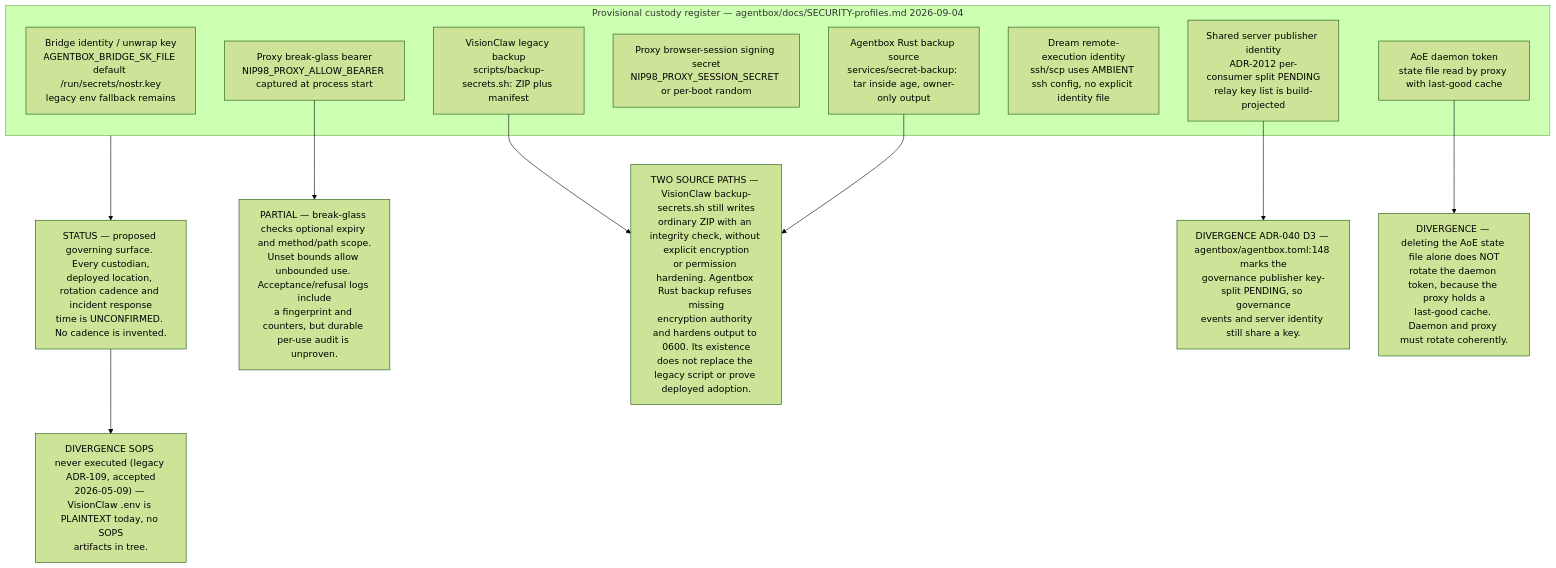
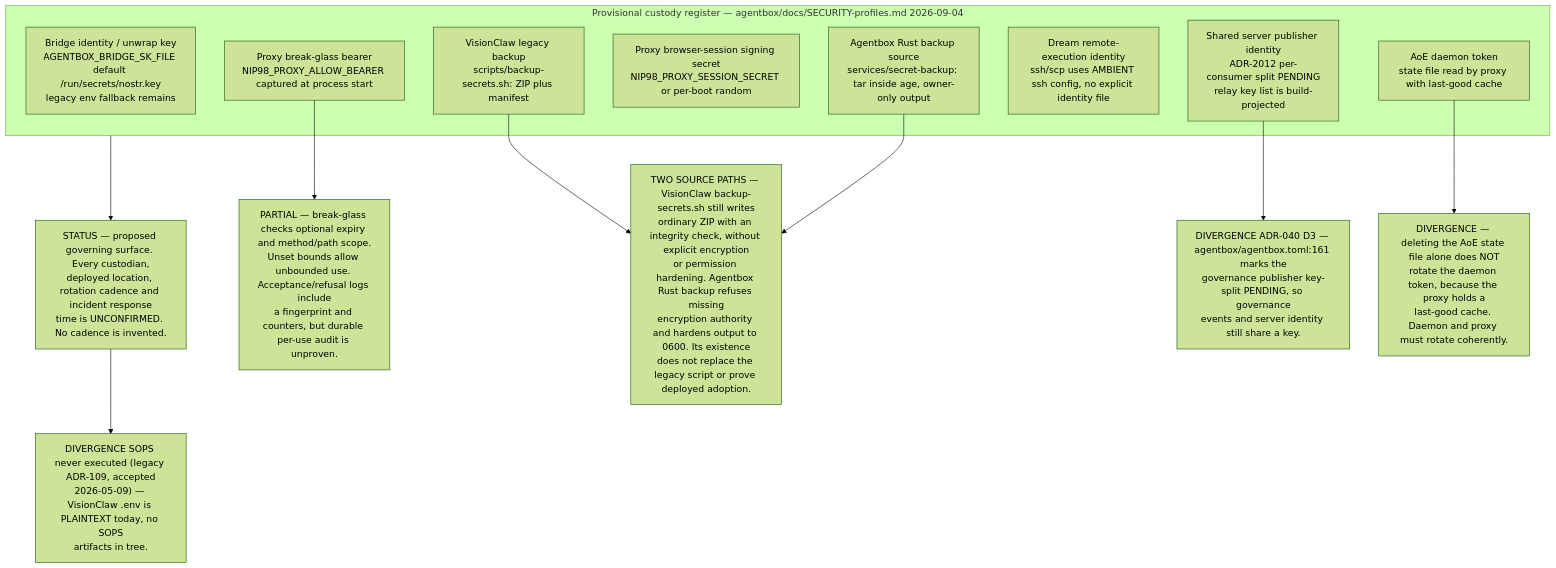
The tenth of 11 diagrams in docs/diagrams/estate/10-deployment-and-security-profiles.md (DreamLab-AI/VisionFlow), drawn with Mermaid (forest theme) before and after one commit. The commit also changed other lines of this file and 12 other files, not shown here.

````diff
--- a/docs/diagrams/estate/10-deployment-and-security-profiles.md
+++ b/docs/diagrams/estate/10-deployment-and-security-profiles.md
@@ -354,27 +357,27 @@
 ```mermaid
 flowchart TB
     subgraph reg["Provisional custody register — agentbox/docs/SECURITY-profiles.md 2026-09-04"]
         C1["Bridge identity / unwrap key<br/>AGENTBOX_BRIDGE_SK_FILE default /run/secrets/nostr.key<br/>legacy env fallback remains"]
         C2["Shared server publisher identity<br/>ADR-2012 per-consumer split PENDING<br/>relay key list is build-projected"]
         C3["Proxy break-glass bearer<br/>NIP98_PROXY_ALLOW_BEARER captured at process start"]
         C4["Proxy browser-session signing secret<br/>NIP98_PROXY_SESSION_SECRET or per-boot random"]
         C5["AoE daemon token<br/>state file read by proxy with last-good cache"]
         C6["Dream remote-execution identity<br/>ssh/scp uses AMBIENT ssh config, no explicit identity file"]
         C7["VisionClaw legacy backup<br/>scripts/backup-secrets.sh: ZIP plus manifest"]
         C8["Agentbox Rust backup source<br/>services/secret-backup: tar inside age, owner-only output"]
     end
     ST["STATUS — proposed governing surface. Every custodian,<br/>deployed location, rotation cadence and incident response<br/>time is UNCONFIRMED. No cadence is invented."]
     D1["PARTIAL — break-glass checks optional expiry and method/path scope.<br/>Unset bounds allow unbounded use. Acceptance/refusal logs include<br/>a fingerprint and counters, but durable per-use audit is unproven."]
     D2["TWO SOURCE PATHS — VisionClaw backup-secrets.sh still writes<br/>ordinary ZIP with an integrity check, without explicit encryption<br/>or permission hardening. Agentbox Rust backup refuses missing<br/>encryption authority and hardens output to 0600. Its existence<br/>does not replace the legacy script or prove deployed adoption."]
-    D3["DIVERGENCE ADR-040 D3 — agentbox/agentbox.toml:148 marks the<br/>governance publisher key-split PENDING, so governance<br/>events and server identity still share a key."]
+    D3["DIVERGENCE ADR-040 D3 — agentbox/agentbox.toml:161 marks the<br/>governance publisher key-split PENDING, so governance<br/>events and server identity still share a key."]
     D4["DIVERGENCE — deleting the AoE state file alone does NOT<br/>rotate the daemon token, because the proxy holds a<br/>last-good cache. Daemon and proxy must rotate coherently."]
     D5["DIVERGENCE SOPS never executed (legacy ADR-109, accepted<br/>2026-05-09) — VisionClaw .env is PLAINTEXT today, no SOPS<br/>artifacts in tree."]
 
     reg --> ST
     C3 --> D1
     C7 --> D2
     C8 --> D2
     C2 --> D3
     C5 --> D4
     ST --> D5
 ```
````
